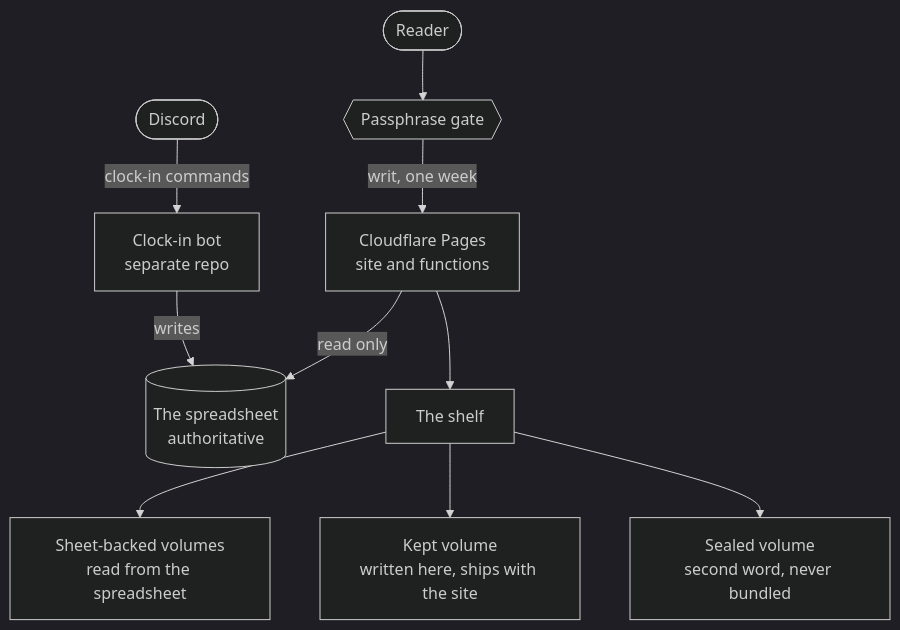
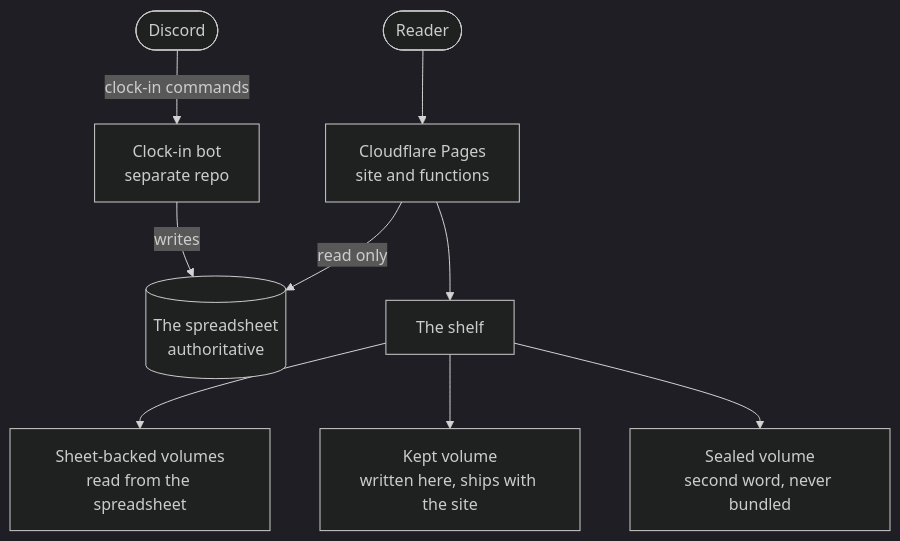
The diagram in README.md (Mosalah992/Centralized-Dossier), drawn with Mermaid (dark theme) before and after one commit. The commit also changed other lines of this file and 28 other files, not shown here.

````diff
--- a/README.md
+++ b/README.md
@@ -65,14 +69,13 @@
 ```mermaid
 flowchart TB
     Discord([Discord]) -->|clock-in commands| Bot[Clock-in bot<br/>separate repo]
     Bot -->|writes| Sheet[(The spreadsheet<br/>authoritative)]
 
-    Reader([Reader]) --> Gate{{Passphrase gate}}
-    Gate -->|writ, one week| Pages[Cloudflare Pages<br/>site and functions]
+    Reader([Reader]) --> Pages[Cloudflare Pages<br/>site and functions]
     Pages -->|read only| Sheet
 
     Pages --> Shelf[The shelf]
     Shelf --> V1[Sheet-backed volumes<br/>read from the spreadsheet]
     Shelf --> V2[Kept volume<br/>written here, ships with the site]
     Shelf --> V3[Sealed volume<br/>second word, never bundled]
 ```
````
